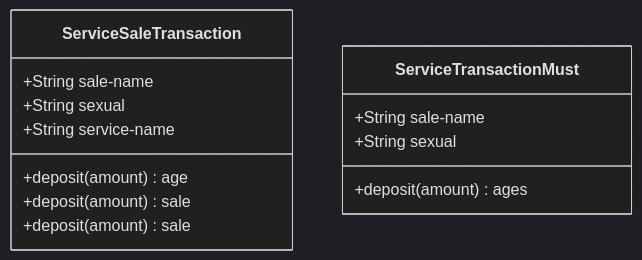
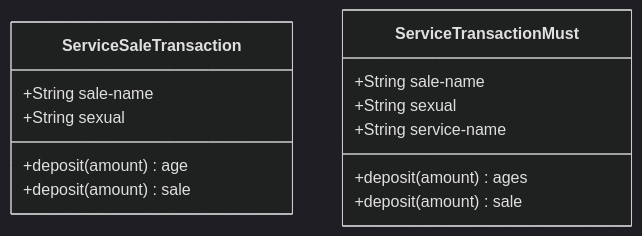
The first of 2 diagrams in cobolsampleflow.md (sakuriver/DocumentManagement), drawn with Mermaid (dark theme) before and after one commit.

````diff
--- a/cobolsampleflow.md
+++ b/cobolsampleflow.md
@@ -6,18 +6,18 @@
 ```mermaid
 
 classDiagram
     class ServiceSaleTransaction
     ServiceSaleTransaction : +String sale-name
     ServiceSaleTransaction : +String sexual
     ServiceSaleTransaction : +deposit(amount) age
     ServiceSaleTransaction : +deposit(amount) sale
 
     class ServiceTransactionMust
     ServiceTransactionMust : +String sale-name
     ServiceTransactionMust : +String sexual
     ServiceTransactionMust : +deposit(amount) ages
-    ServiceSaleTransaction : +deposit(amount) sale
-    ServiceSaleTransaction : +String service-name 
+    ServiceTransactionMust : +deposit(amount) sale
+    ServiceTransactionMust : +String service-name 
 
 
 ```
````
